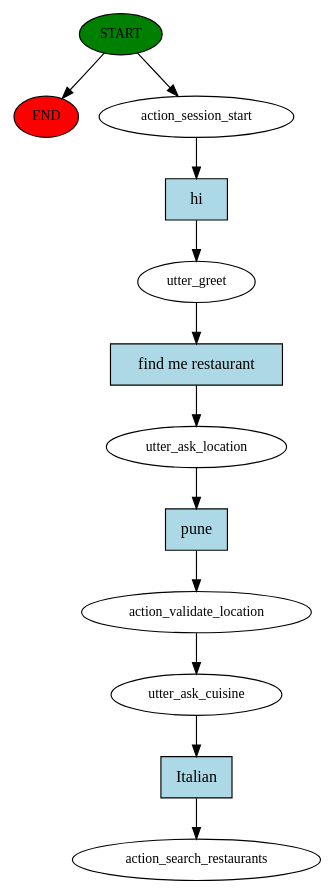
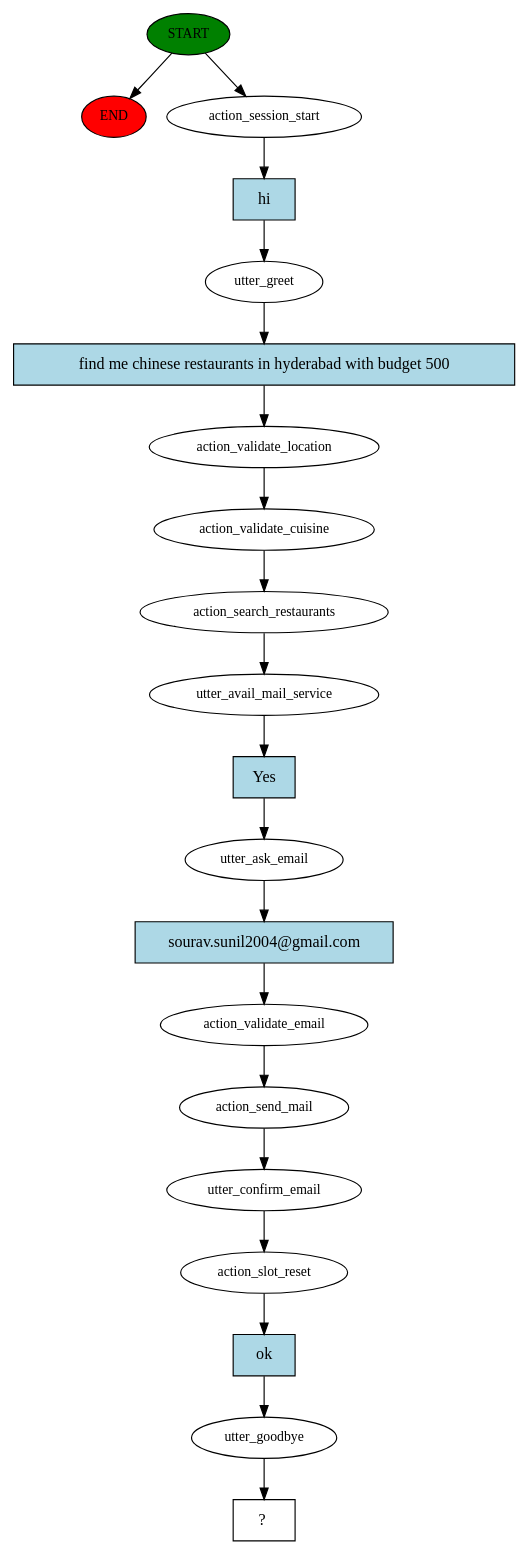
The diagram in story_graph.dot (thegreatluka/zomato-bot), drawn with Graphviz before and after one commit. The commit also changed 5 other files, not shown here.

```diff
--- a/story_graph.dot
+++ b/story_graph.dot
@@ -1,25 +1,41 @@
 digraph  {
 0 [class="start active", fillcolor=green, fontsize=12, label=START, style=filled];
 "-1" [class=end, fillcolor=red, fontsize=12, label=END, style=filled];
 1 [class=active, fontsize=12, label=action_session_start];
 2 [class=active, fontsize=12, label=utter_greet];
-3 [class=active, fontsize=12, label=utter_ask_location];
-4 [class=active, fontsize=12, label=action_validate_location];
-5 [class=active, fontsize=12, label=utter_ask_cuisine];
-6 [class="dashed active", fontsize=12, label=action_search_restaurants];
-7 [class="intent active", fillcolor=lightblue, label=hi, shape=rect, style=filled];
-8 [class="intent active", fillcolor=lightblue, label="find me restaurant", shape=rect, style=filled];
-9 [class="intent active", fillcolor=lightblue, label=pune, shape=rect, style=filled];
-10 [class="intent active", fillcolor=lightblue, label=Italian, shape=rect, style=filled];
+3 [class=active, fontsize=12, label=action_validate_location];
+4 [class=active, fontsize=12, label=action_validate_cuisine];
+5 [class=active, fontsize=12, label=action_search_restaurants];
+6 [class=active, fontsize=12, label=utter_avail_mail_service];
+7 [class=active, fontsize=12, label=utter_ask_email];
+8 [class=active, fontsize=12, label=action_validate_email];
+9 [class=active, fontsize=12, label=action_send_mail];
+10 [class=active, fontsize=12, label=utter_confirm_email];
+11 [class=active, fontsize=12, label=action_slot_reset];
+12 [class=active, fontsize=12, label=utter_goodbye];
+13 [class="intent dashed active", label="  ?  ", shape=rect];
+14 [class="intent active", fillcolor=lightblue, label=hi, shape=rect, style=filled];
+15 [class="intent active", fillcolor=lightblue, label="find me chinese restaurants in hyderabad with budget 500", shape=rect, style=filled];
+16 [class="intent active", fillcolor=lightblue, label=Yes, shape=rect, style=filled];
+17 [class="intent active", fillcolor=lightblue, label="sourav.sunil2004@gmail.com", shape=rect, style=filled];
+18 [class="intent active", fillcolor=lightblue, label=ok, shape=rect, style=filled];
 0 -> "-1"  [class="", key=NONE, label=""];
 0 -> 1  [class=active, key=NONE, label=""];
-1 -> 7  [class=active, key=0];
-2 -> 8  [class=active, key=0];
-3 -> 9  [class=active, key=0];
+1 -> 14  [class=active, key=0];
+2 -> 15  [class=active, key=0];
+3 -> 4  [class=active, key=NONE, label=""];
 4 -> 5  [class=active, key=NONE, label=""];
-5 -> 10  [class=active, key=0];
-7 -> 2  [class=active, key=0];
-8 -> 3  [class=active, key=0];
-9 -> 4  [class=active, key=0];
-10 -> 6  [class=active, key=0];
+5 -> 6  [class=active, key=NONE, label=""];
+6 -> 16  [class=active, key=0];
+7 -> 17  [class=active, key=0];
+8 -> 9  [class=active, key=NONE, label=""];
+9 -> 10  [class=active, key=NONE, label=""];
+10 -> 11  [class=active, key=NONE, label=""];
+11 -> 18  [class=active, key=0];
+12 -> 13  [class=active, key=NONE, label=""];
+14 -> 2  [class=active, key=0];
+15 -> 3  [class=active, key=0];
+16 -> 7  [class=active, key=0];
+17 -> 8  [class=active, key=0];
+18 -> 12  [class=active, key=0];
 }
```
